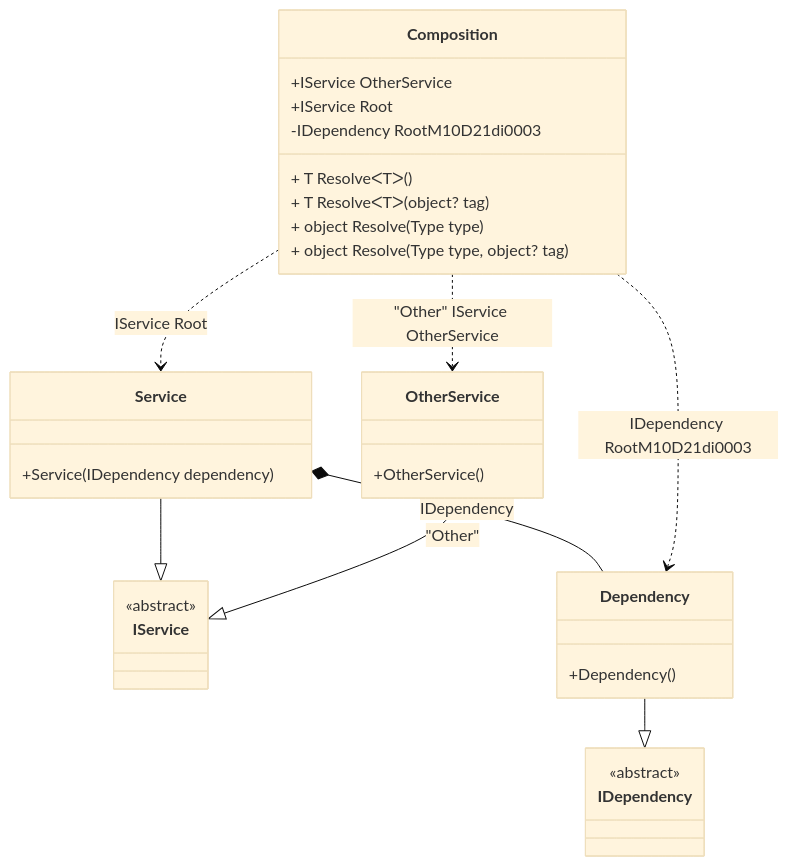
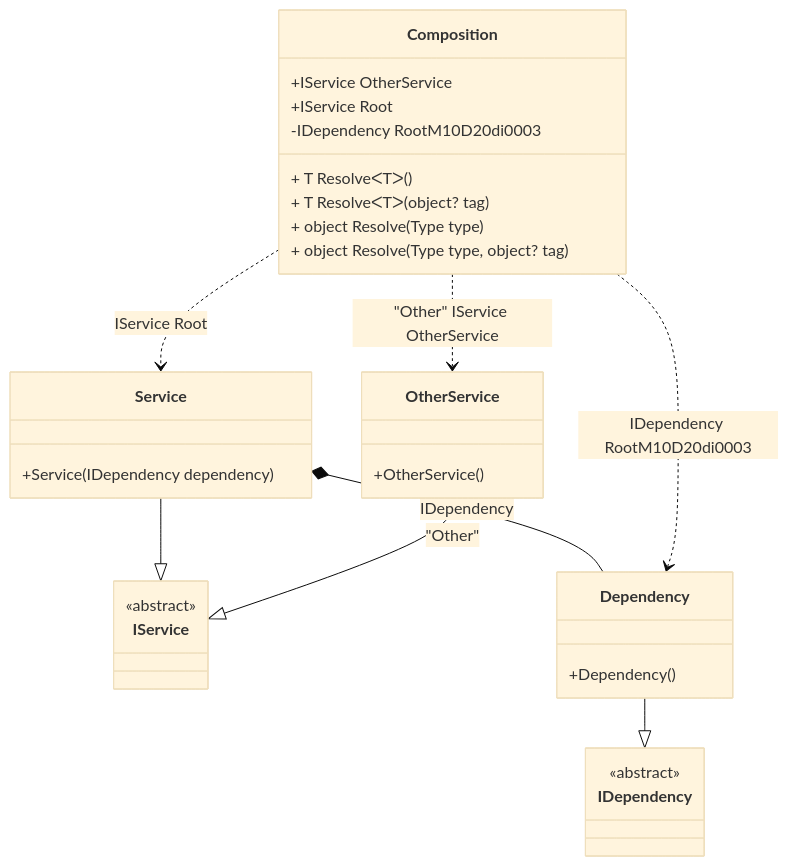
One commit to DevTeam/Pure.DI changed the diagram in readme/composition-roots.md. Above: the diagram before and after it, drawn with Mermaid (base theme). The commit also changed other lines of this file and 85 other files, not shown here.

````diff
--- a/readme/composition-roots.md
+++ b/readme/composition-roots.md
@@ -45,34 +45,34 @@
 ```mermaid
 classDiagram
   class Composition {
     +IService OtherService
     +IService Root
-    -IDependency RootM10D21di0003
+    -IDependency RootM10D20di0003
     + T ResolveᐸTᐳ()
     + T ResolveᐸTᐳ(object? tag)
     + object Resolve(Type type)
     + object Resolve(Type type, object? tag)
   }
   Service --|> IService : 
   class Service {
     +Service(IDependency dependency)
   }
   OtherService --|> IService : "Other" 
   class OtherService {
     +OtherService()
   }
   Dependency --|> IDependency : 
   class Dependency {
     +Dependency()
   }
   class IService {
     <<abstract>>
   }
   class IDependency {
     <<abstract>>
   }
   Service *--  Dependency : IDependency
   Composition ..> Service : IService Root
   Composition ..> OtherService : "Other" IService OtherService
-  Composition ..> Dependency : IDependency RootM10D21di0003
+  Composition ..> Dependency : IDependency RootM10D20di0003
 ```
````
